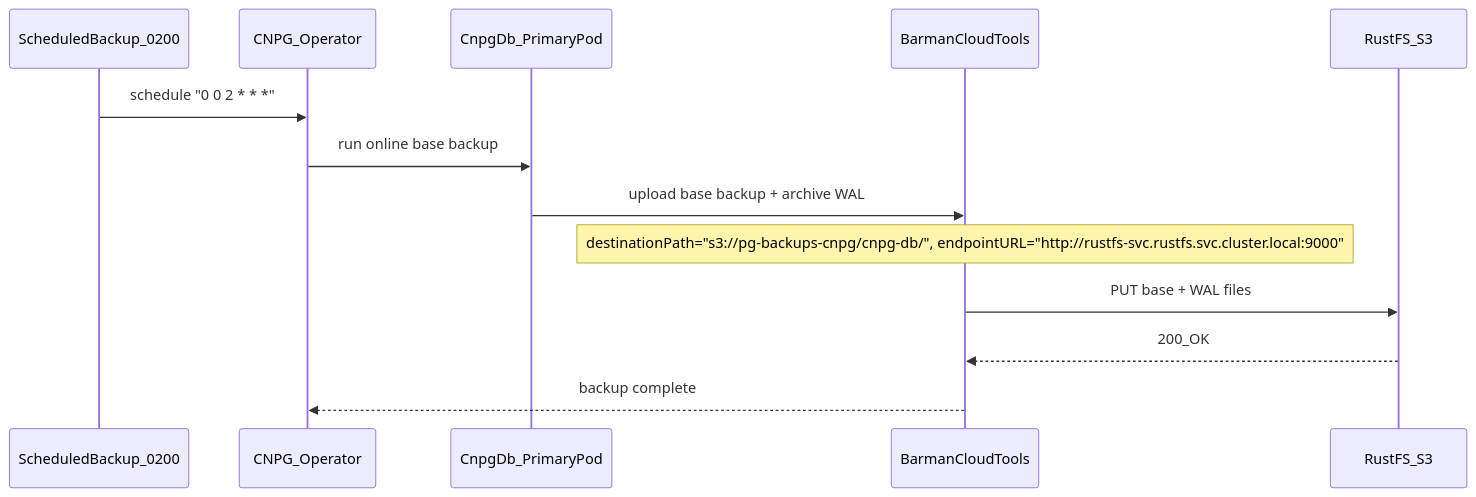
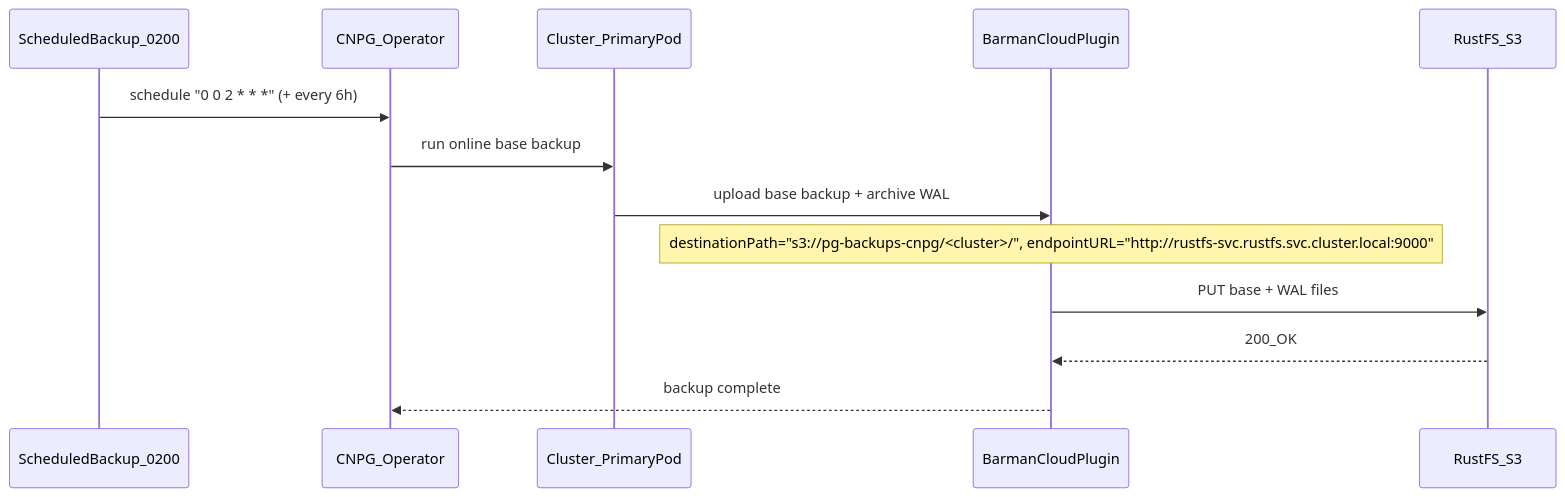
The first of 4 diagrams in docs/databases/006-backup-strategy.md (duynhlab/homelab), drawn with Mermaid before and after one commit. The commit also changed other lines of this file and 243 other files, not shown here.

````diff
--- a/docs/databases/006-backup-strategy.md
+++ b/docs/databases/006-backup-strategy.md
@@ -56,16 +65,16 @@
 ```mermaid
 sequenceDiagram
   participant Sched as ScheduledBackup_0200
   participant CNPGOp as CNPG_Operator
-  participant Primary as CnpgDb_PrimaryPod
-  participant Barman as BarmanCloudTools
+  participant Primary as Cluster_PrimaryPod
+  participant Barman as BarmanCloudPlugin
   participant RustFS as RustFS_S3
 
-  Sched->>CNPGOp: schedule "0 0 2 * * *"
+  Sched->>CNPGOp: schedule "0 0 2 * * *" (+ every 6h)
   CNPGOp->>Primary: run online base backup
   Primary->>Barman: upload base backup + archive WAL
-  Note over Barman: destinationPath="s3://pg-backups-cnpg/cnpg-db/", endpointURL="http://rustfs-svc.rustfs.svc.cluster.local:9000"
+  Note over Barman: destinationPath="s3://pg-backups-cnpg/<cluster>/", endpointURL="http://rustfs-svc.rustfs.svc.cluster.local:9000"
   Barman->>RustFS: PUT base + WAL files
   RustFS-->>Barman: 200_OK
   Barman-->>CNPGOp: backup complete
 ```
````
